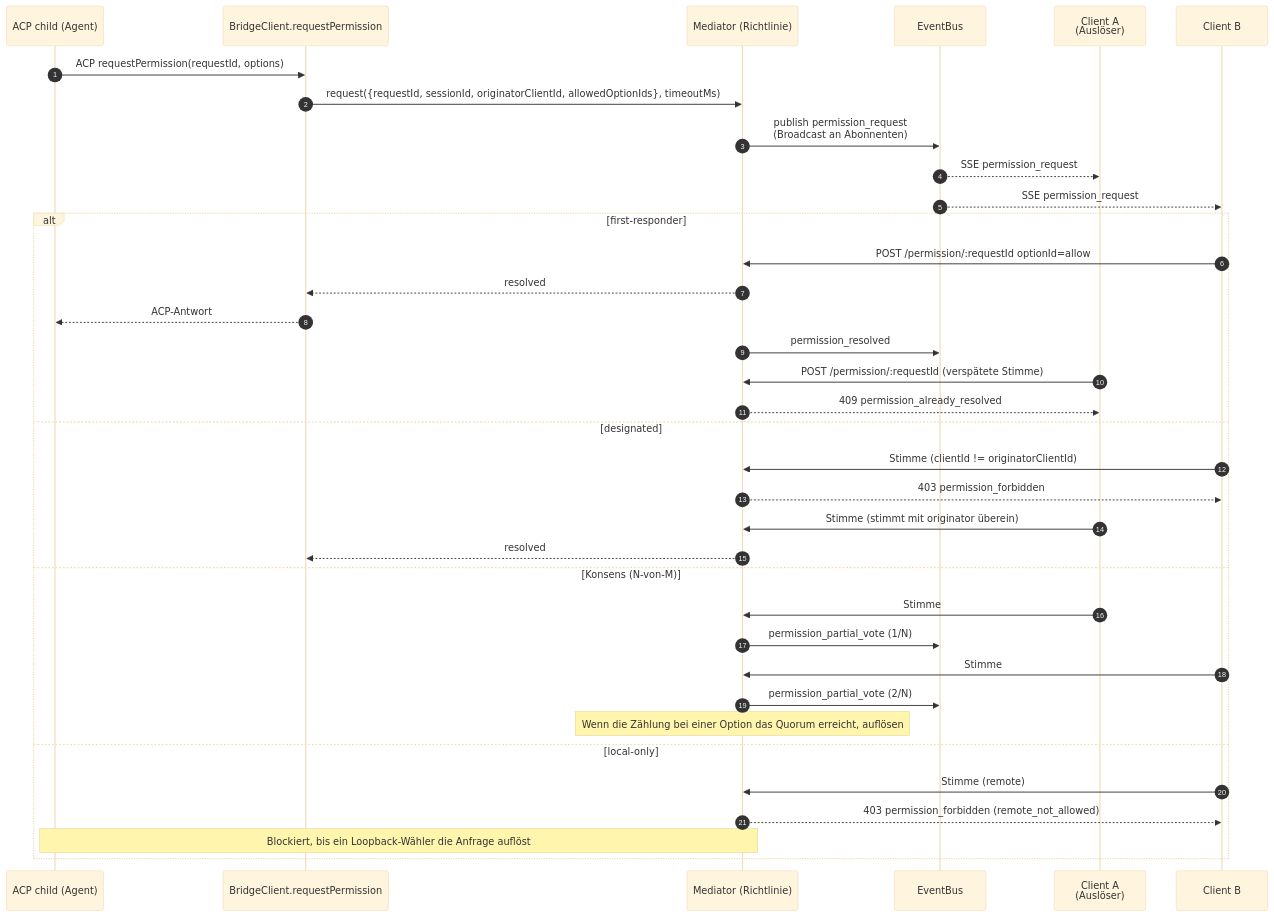
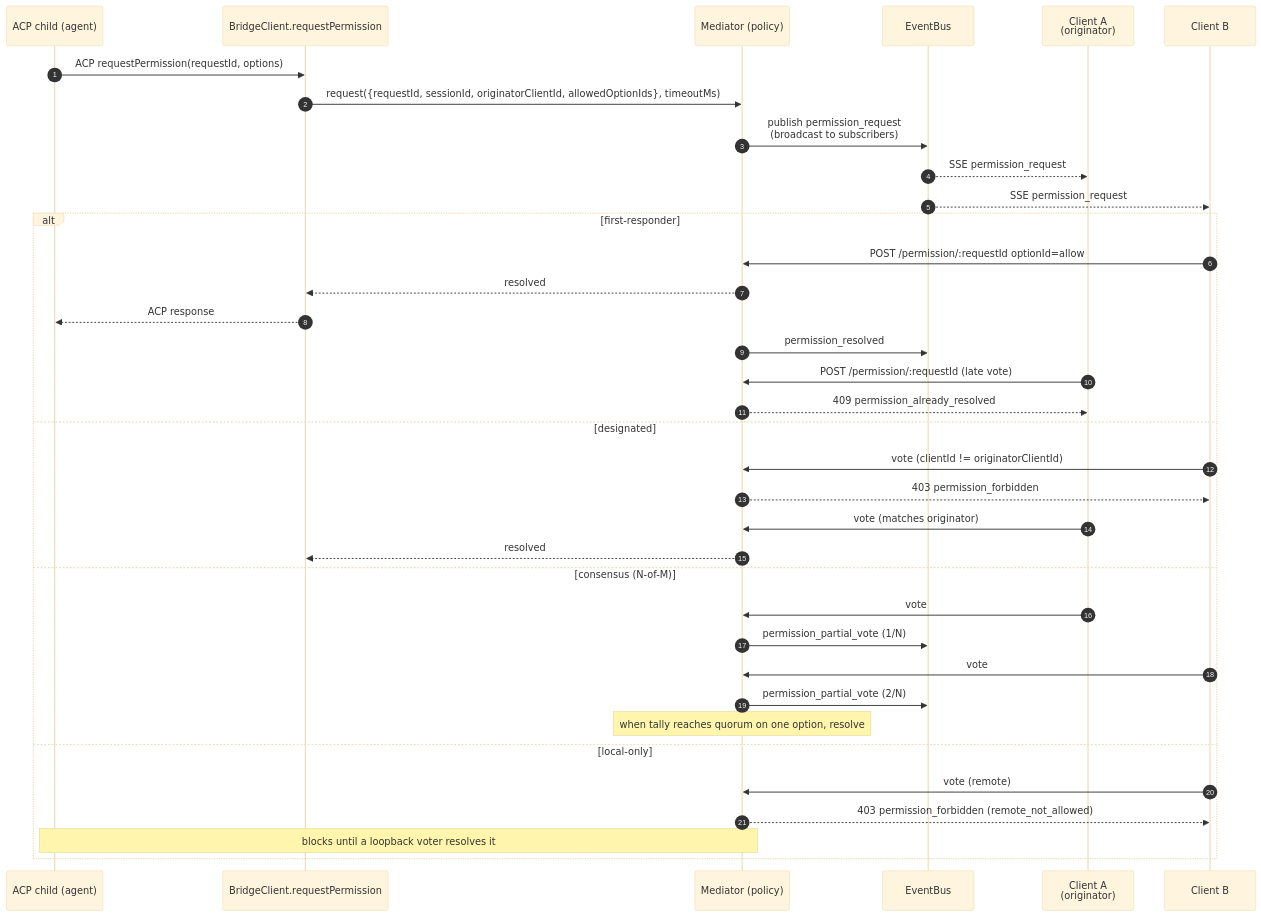
The fifth of 7 diagrams in website/content/de/developers/daemon/01-architecture.md (QwenLM/qwen-code-docs), drawn with Mermaid (base theme) before and after one commit. The commit also changed other lines of this file and 1077 other files, not shown here.

````diff
--- a/website/content/de/developers/daemon/01-architecture.md
+++ b/website/content/de/developers/daemon/01-architecture.md
@@ -202,40 +203,40 @@
 ```mermaid
 sequenceDiagram
     autonumber
-    participant CH as ACP child (Agent)
+    participant CH as ACP child (agent)
     participant BC as BridgeClient.requestPermission
-    participant MED as Mediator (Richtlinie)
+    participant MED as Mediator (policy)
     participant EB as EventBus
-    participant C1 as Client A<br/>(Auslöser)
+    participant C1 as Client A<br/>(originator)
     participant C2 as Client B
 
     CH->>BC: ACP requestPermission(requestId, options)
     BC->>MED: request({requestId, sessionId, originatorClientId, allowedOptionIds}, timeoutMs)
-    MED->>EB: publish permission_request<br/>(Broadcast an Abonnenten)
+    MED->>EB: publish permission_request<br/>(broadcast to subscribers)
     EB-->>C1: SSE permission_request
     EB-->>C2: SSE permission_request
 
     alt first-responder
         C2->>MED: POST /permission/:requestId optionId=allow
         MED-->>BC: resolved
-        BC-->>CH: ACP-Antwort
+        BC-->>CH: ACP response
         MED->>EB: permission_resolved
-        C1->>MED: POST /permission/:requestId (verspätete Stimme)
+        C1->>MED: POST /permission/:requestId (late vote)
         MED-->>C1: 409 permission_already_resolved
     else designated
-        C2->>MED: Stimme (clientId != originatorClientId)
+        C2->>MED: vote (clientId != originatorClientId)
         MED-->>C2: 403 permission_forbidden
-        C1->>MED: Stimme (stimmt mit originator überein)
+        C1->>MED: vote (matches originator)
         MED-->>BC: resolved
-    else Konsens (N-von-M)
-        C1->>MED: Stimme
+    else consensus (N-of-M)
+        C1->>MED: vote
         MED->>EB: permission_partial_vote (1/N)
-        C2->>MED: Stimme
+        C2->>MED: vote
         MED->>EB: permission_partial_vote (2/N)
-        Note over MED: Wenn die Zählung bei einer Option das Quorum erreicht, auflösen
+        Note over MED: when tally reaches quorum on one option, resolve
     else local-only
-        C2->>MED: Stimme (remote)
+        C2->>MED: vote (remote)
         MED-->>C2: 403 permission_forbidden (remote_not_allowed)
-        Note over MED,CH: Blockiert, bis ein Loopback-Wähler die Anfrage auflöst
+        Note over MED,CH: blocks until a loopback voter resolves it
     end
 ```
````
